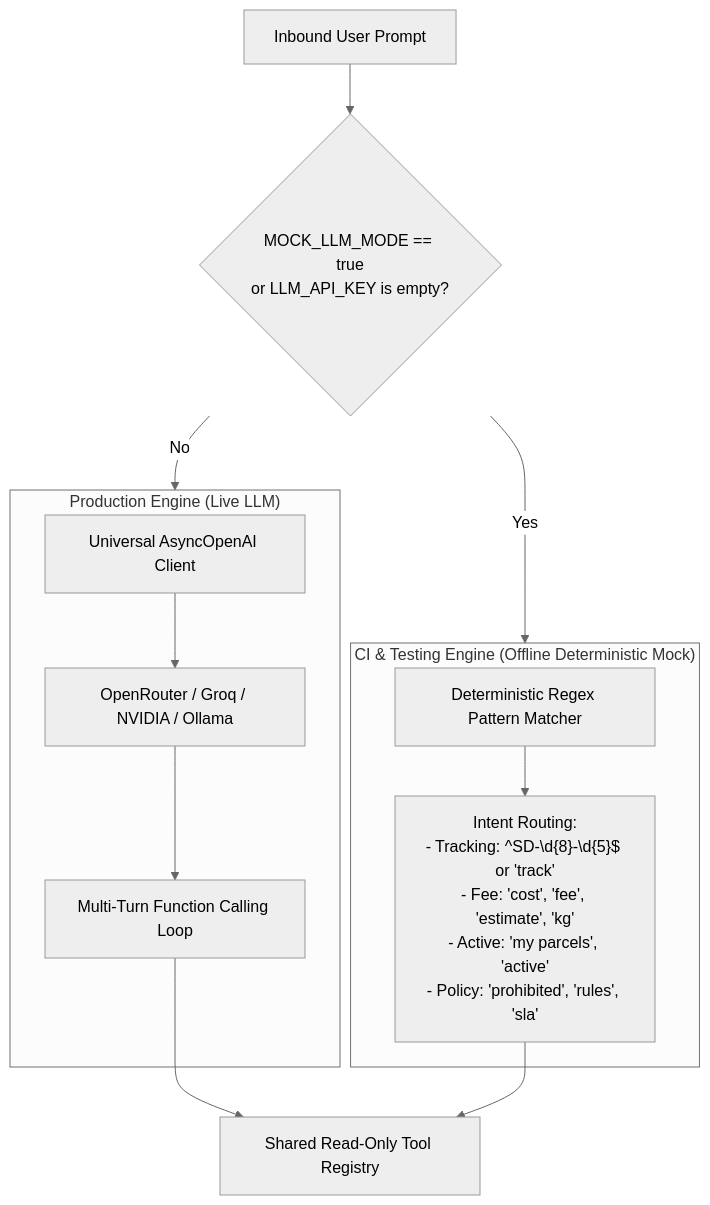
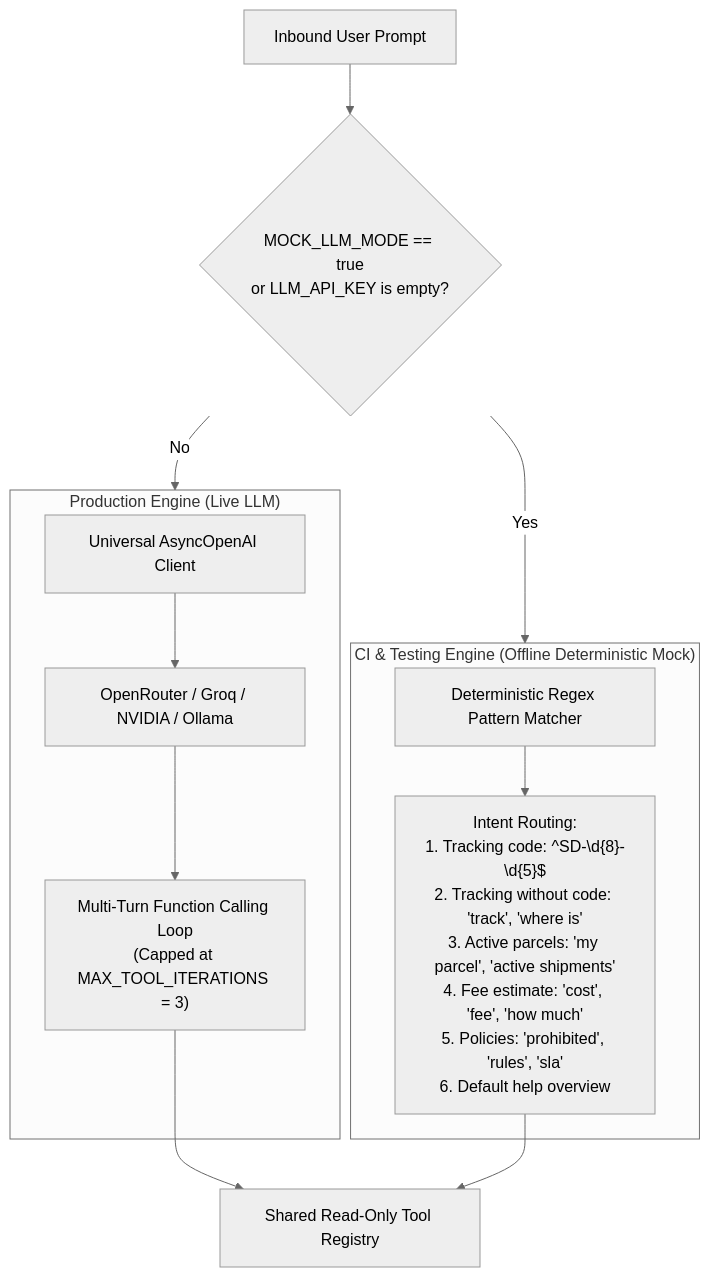
Before and after one commit to phantomTroupeEAD/SwiftDrop: the second of 2 diagrams in services/ai-assistant/LIVING_DOCUMENT.md, drawn with Mermaid (neutral theme). The commit also changed other lines of this file and 6 other files, not shown here.

````diff
--- a/services/ai-assistant/LIVING_DOCUMENT.md
+++ b/services/ai-assistant/LIVING_DOCUMENT.md
@@ -98,23 +98,23 @@
 ```mermaid
 flowchart TD
     Prompt["Inbound User Prompt"] --> Mode{"MOCK_LLM_MODE == true<br/>or LLM_API_KEY is empty?"}
     
     subgraph LiveMode["Production Engine (Live LLM)"]
         OpenAIClient["Universal AsyncOpenAI Client"]
         Provider["OpenRouter / Groq / NVIDIA / Ollama"]
-        ToolCallingLoop["Multi-Turn Function Calling Loop"]
+        ToolCallingLoop["Multi-Turn Function Calling Loop<br/>(Capped at MAX_TOOL_ITERATIONS = 3)"]
         OpenAIClient --> Provider
         Provider --> ToolCallingLoop
     end
 
     subgraph MockMode["CI & Testing Engine (Offline Deterministic Mock)"]
         RegexMatcher["Deterministic Regex Pattern Matcher"]
-        IntentRouting["Intent Routing:<br/>- Tracking: ^SD-\d{8}-\d{5}$ or 'track'<br/>- Fee: 'cost', 'fee', 'estimate', 'kg'<br/>- Active: 'my parcels', 'active'<br/>- Policy: 'prohibited', 'rules', 'sla'"]
+        IntentRouting["Intent Routing:<br/>1. Tracking code: ^SD-\d{8}-\d{5}$<br/>2. Tracking without code: 'track', 'where is'<br/>3. Active parcels: 'my parcel', 'active shipments'<br/>4. Fee estimate: 'cost', 'fee', 'how much'<br/>5. Policies: 'prohibited', 'rules', 'sla'<br/>6. Default help overview"]
         RegexMatcher --> IntentRouting
     end
 
     Mode -- "No" --> LiveMode
     Mode -- "Yes" --> MockMode
     ToolCallingLoop --> ToolRegistry["Shared Read-Only Tool Registry"]
     IntentRouting --> ToolRegistry
 ```
````
